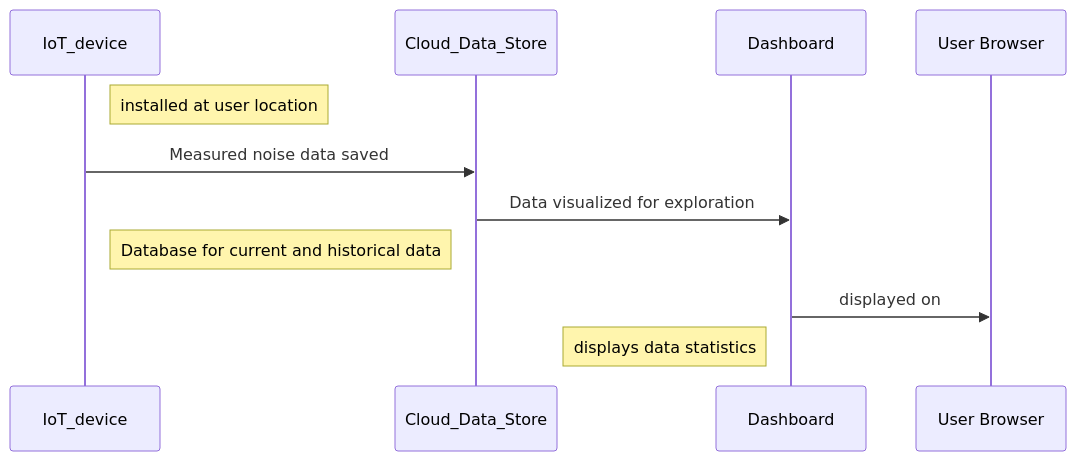
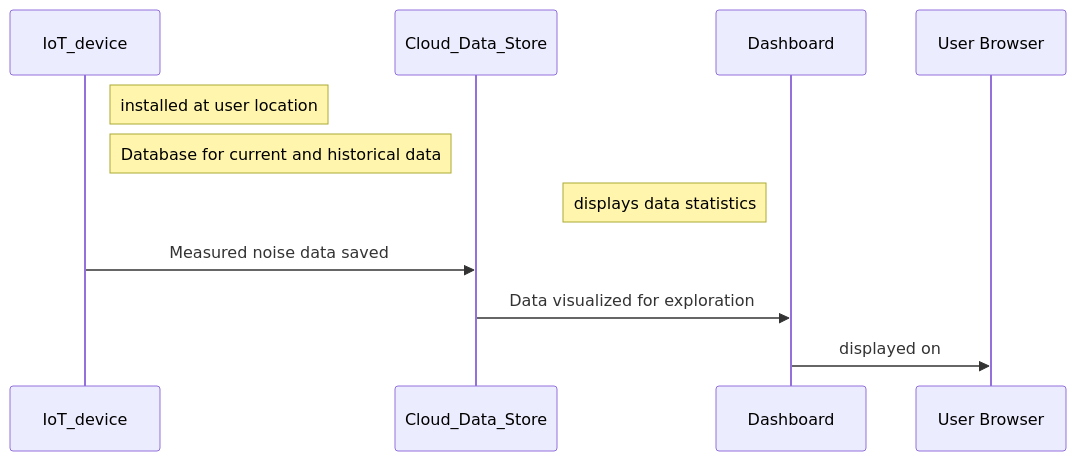
One commit to CivicTechTO/tRacket-directory-START-HERE changed the diagram in README.md. Above: the diagram before and after it, drawn with Mermaid.

````diff
--- a/README.md
+++ b/README.md
@@ -35,9 +35,9 @@
 ```mermaid
 sequenceDiagram
     Note right of IoT_device: installed at user location
+    Note left of Cloud_Data_Store : Database for current and historical data
+    Note left of Dashboard : displays data statistics
     IoT_device ->> Cloud_Data_Store : Measured noise data saved
-    Cloud_Data_Store ->> Dashboard : Data visualized for exploration
-    Note left of Cloud_Data_Store : Database for current and historical data
-    Dashboard ->> User Browser : displayed on
-    Note left of Dashboard : displays data statistics 
+    Cloud_Data_Store ->> Dashboard : Data visualized for exploration    
+    Dashboard ->> User Browser : displayed on 
 ```
````
